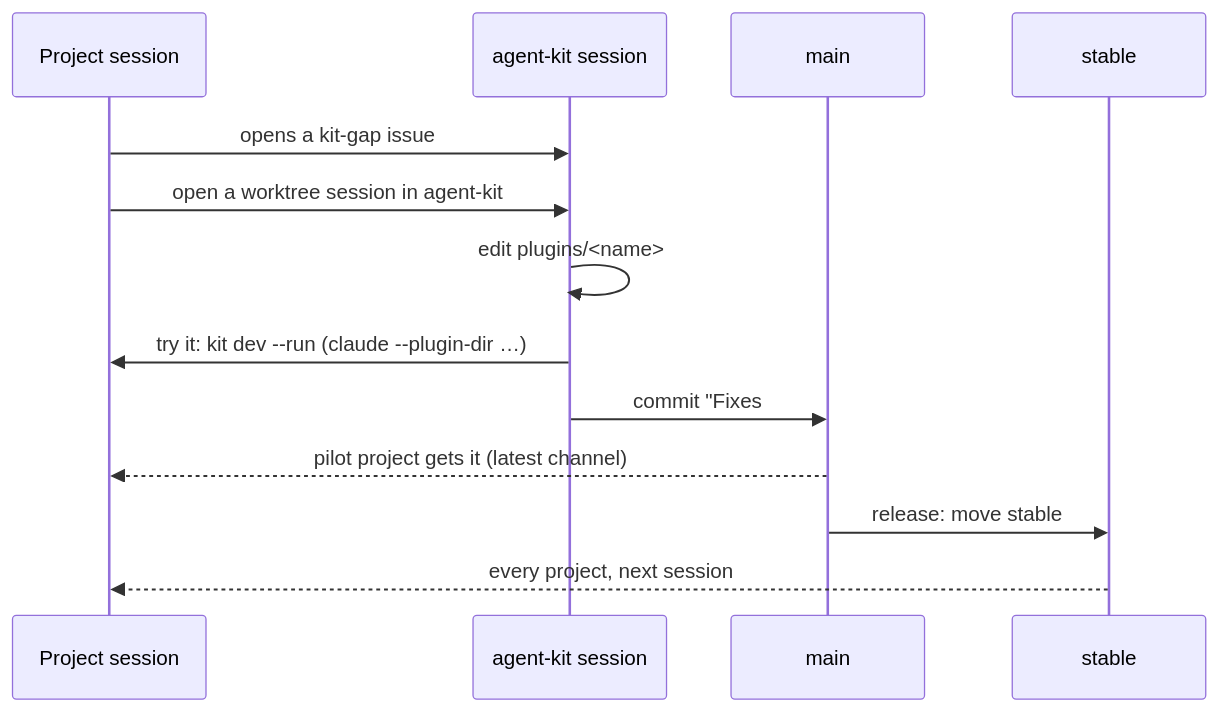
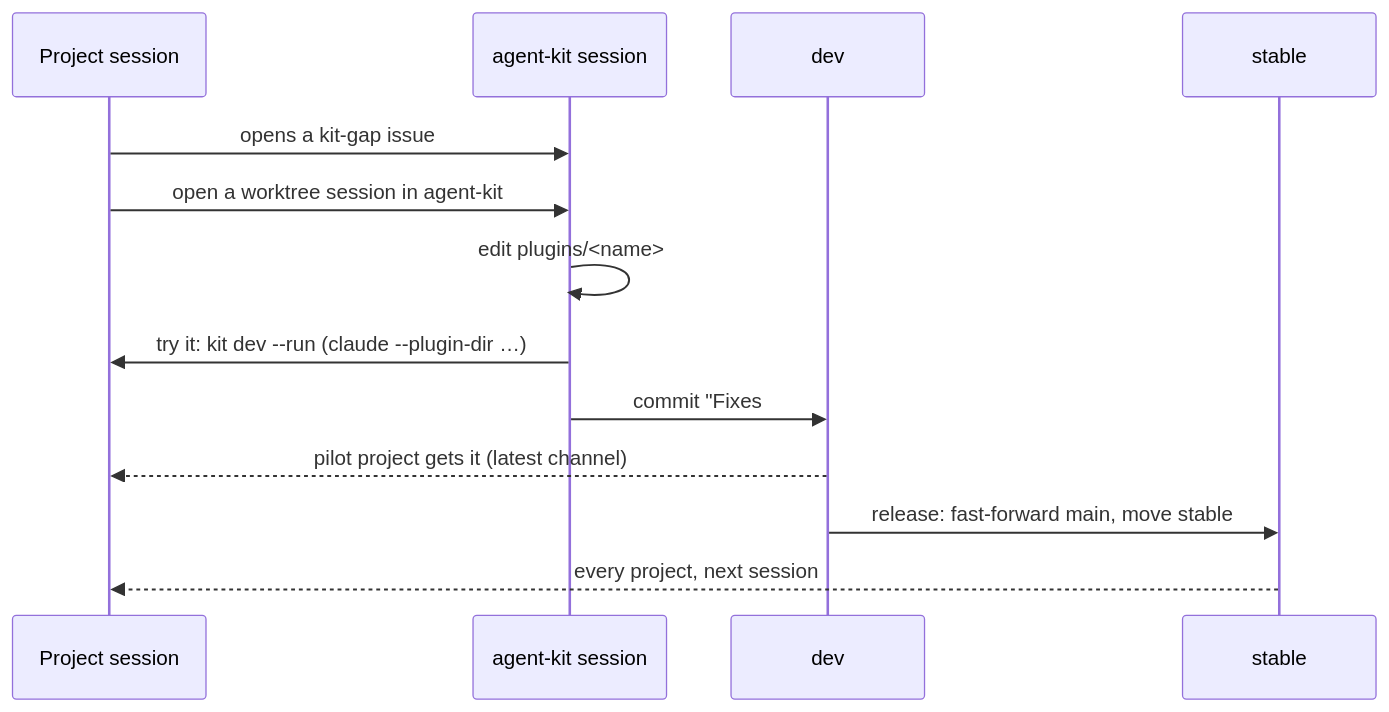
One commit to 3meyc/agent-kit changed the second of 2 diagrams in docs/changing.md. Above: the diagram before and after it, drawn with Mermaid. The commit also changed other lines of this file and 11 other files, not shown here.

First line of the commit message:
feat(core): kit release fast-forwards main from dev; agent-kit integrates on dev

````diff
--- a/docs/changing.md
+++ b/docs/changing.md
@@ -29,15 +29,15 @@
 ```mermaid
 sequenceDiagram
   participant P as Project session
   participant K as agent-kit session
-  participant M as main
+  participant M as dev
   participant S as stable
   P->>K: opens a kit-gap issue #n
   P->>K: open a worktree session in agent-kit
   K->>K: edit plugins/<name>
   K->>P: try it: kit dev --run (claude --plugin-dir …)
   K->>M: commit "Fixes #n", merge
   M-->>P: pilot project gets it (latest channel)
-  M->>S: release: move stable
+  M->>S: release: fast-forward main, move stable
   S-->>P: every project, next session
 ```
````
